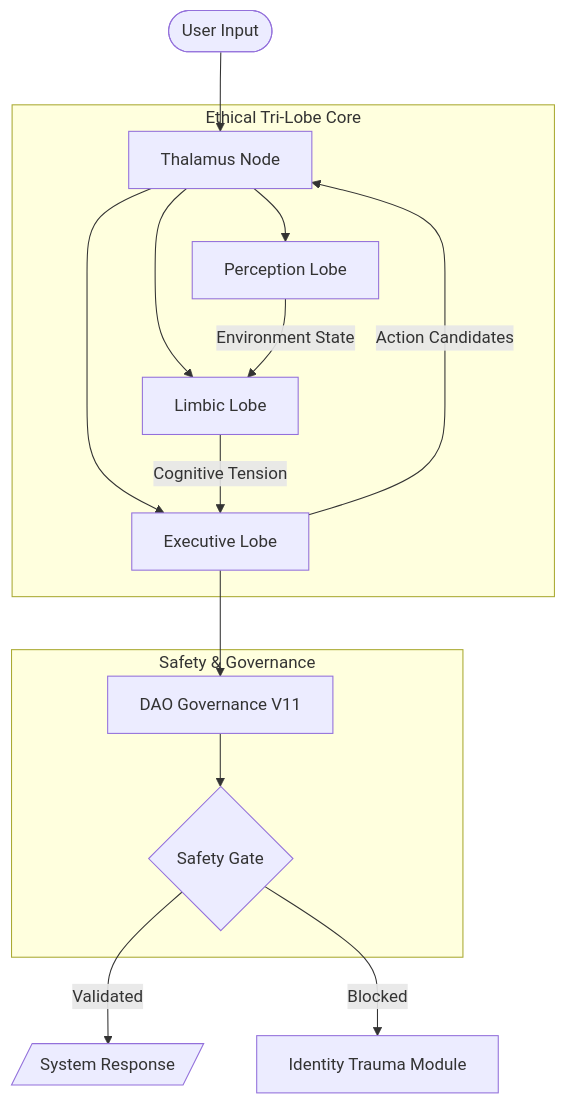
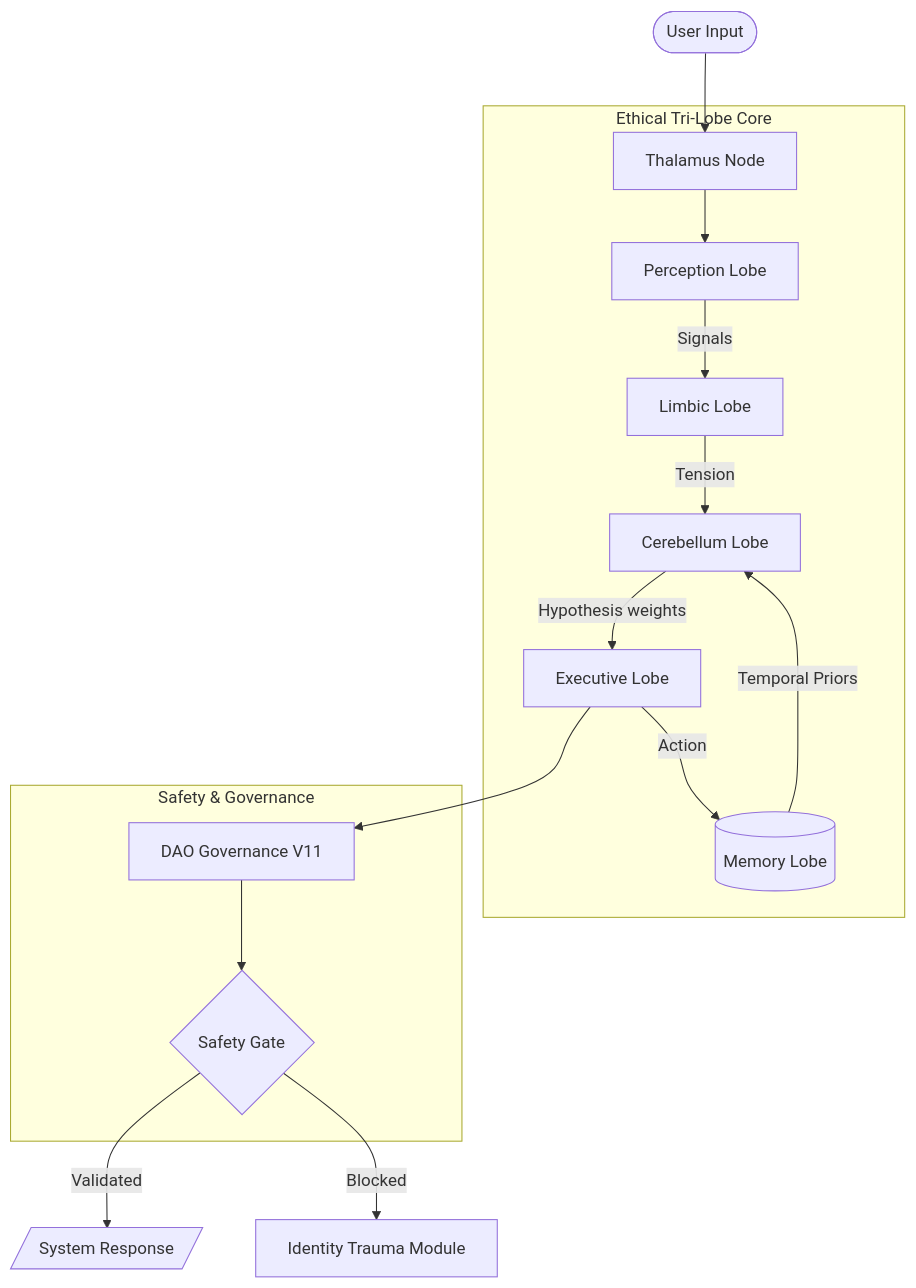
The diagram in docs/architecture/TRI_LOBE_CORE.md (CuevazaArt/ethical-android-mvp), drawn with Mermaid before and after one commit. The commit also changed 15 other files, not shown here.

First line of the commit message:
[BLOCK: S.11] Session 10: Experience-driven prior adjustment (ADR 0005) + Cerebellum-Memory loop integration + Boy Scout Hardening

````diff
--- a/docs/architecture/TRI_LOBE_CORE.md
+++ b/docs/architecture/TRI_LOBE_CORE.md
@@ -7,22 +7,21 @@
 ```mermaid
 graph TD
     User([User Input]) --> Thalamus[Thalamus Node]
     
     subgraph "Ethical Tri-Lobe Core"
         Thalamus --> PL[Perception Lobe]
-        Thalamus --> LL[Limbic Lobe]
-        Thalamus --> EL[Executive Lobe]
-        
-        PL -- "Environment State" --> LL
-        LL -- "Cognitive Tension" --> EL
-        EL -- "Action Candidates" --> Thalamus
+        PL -- "Signals" --> LL[Limbic Lobe]
+        LL -- "Tension" --> CL[Cerebellum Lobe]
+        ML[(Memory Lobe)] -- "Temporal Priors" --> CL
+        CL -- "Hypothesis weights" --> EL[Executive Lobe]
+        EL -- "Action" --> ML
     end
     
     subgraph "Safety & Governance"
         EL --> DG[DAO Governance V11]
         DG --> Interlock{Safety Gate}
     end
     
     Interlock -- "Validated" --> Output[/System Response/]
     Interlock -- "Blocked" --> Trauma[Identity Trauma Module]
 ```
````
